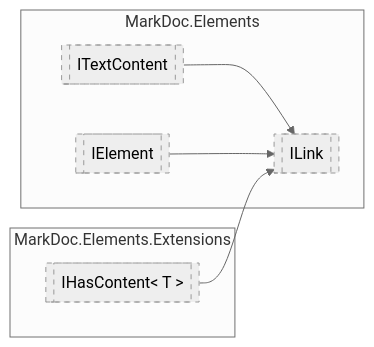
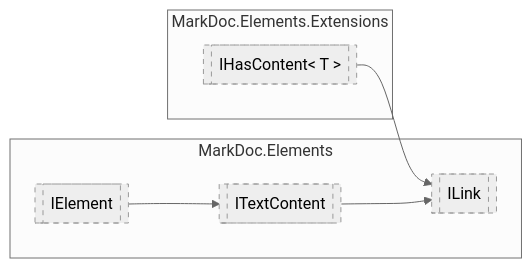
The diagram in sourceWiki/markdoc/elements/ILink.md (hailstorm75/ModularDoc), drawn with Mermaid (neutral theme) before and after one commit. The commit also changed 20 other files, not shown here.

````diff
--- a/sourceWiki/markdoc/elements/ILink.md
+++ b/sourceWiki/markdoc/elements/ILink.md
@@ -7,21 +7,21 @@
 ```mermaid
   flowchart LR
   classDef interfaceStyle stroke-dasharray: 5 5;
   classDef abstractStyle stroke-width:4px
   subgraph MarkDoc.Elements
   MarkDoc.Elements.ILink[[ILink]]
   class MarkDoc.Elements.ILink interfaceStyle;
   MarkDoc.Elements.ITextContent[[ITextContent]]
   class MarkDoc.Elements.ITextContent interfaceStyle;
   MarkDoc.Elements.IElement[[IElement]]
   class MarkDoc.Elements.IElement interfaceStyle;
   end
   subgraph MarkDoc.Elements.Extensions
   MarkDoc.Elements.Extensions.IHasContent_1[[IHasContent< T >]]
   class MarkDoc.Elements.Extensions.IHasContent_1 interfaceStyle;
 
   end
+MarkDoc.Elements.Extensions.IHasContent_1 --> MarkDoc.Elements.ILink
 MarkDoc.Elements.ITextContent --> MarkDoc.Elements.ILink
-MarkDoc.Elements.IElement --> MarkDoc.Elements.ILink
-MarkDoc.Elements.Extensions.IHasContent_1 --> MarkDoc.Elements.ILink
+MarkDoc.Elements.IElement --> MarkDoc.Elements.ITextContent
 ```
````
